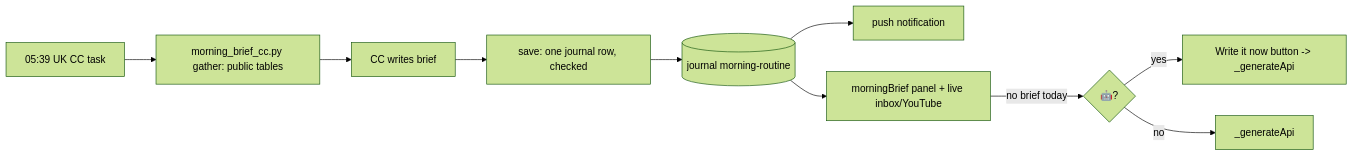
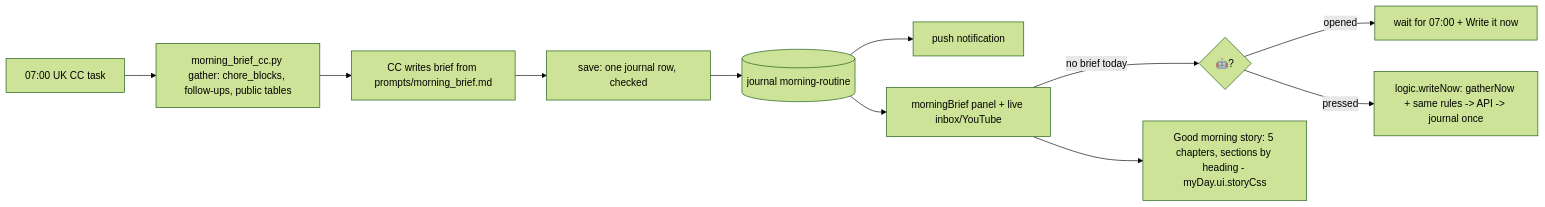
Before and after one commit to acesanyabeats-web/RPGACE: the fifth of 9 diagrams in system_flow_map.md, drawn with Mermaid (forest theme). The commit also changed other lines of this file and 15 other files, not shown here.

First line of the commit message:
Morning Brief Story (MB-1..3): 7am or press-to-write, Top 3 from real blocks + follow-ups, Good morning as 5 chapters

````diff
--- a/system_flow_map.md
+++ b/system_flow_map.md
@@ -223,9 +223,10 @@
 ```mermaid
 flowchart LR
-  T[05:39 UK CC task] --> G[morning_brief_cc.py gather: public tables] --> W[CC writes brief] --> S[save: one journal row, checked] --> J[(journal morning-routine)]
+  T[07:00 UK CC task] --> G[morning_brief_cc.py gather: chore_blocks, follow-ups, public tables] --> W[CC writes brief from prompts/morning_brief.md] --> S[save: one journal row, checked] --> J[(journal morning-routine)]
   J --> P[push notification]
   J --> A[morningBrief panel + live inbox/YouTube]
   A -->|no brief today| B{🤖?}
-  B -->|yes| BTN[Write it now button -> _generateApi]
-  B -->|no| API[_generateApi]
+  B -->|opened| WAIT[wait for 07:00 + Write it now]
+  B -->|pressed| NOW[logic.writeNow: gatherNow + same rules -> API -> journal once]
+  A --> STORY[Good morning story: 5 chapters, sections by heading - myDay.ui.storyCss]
 ```
````
